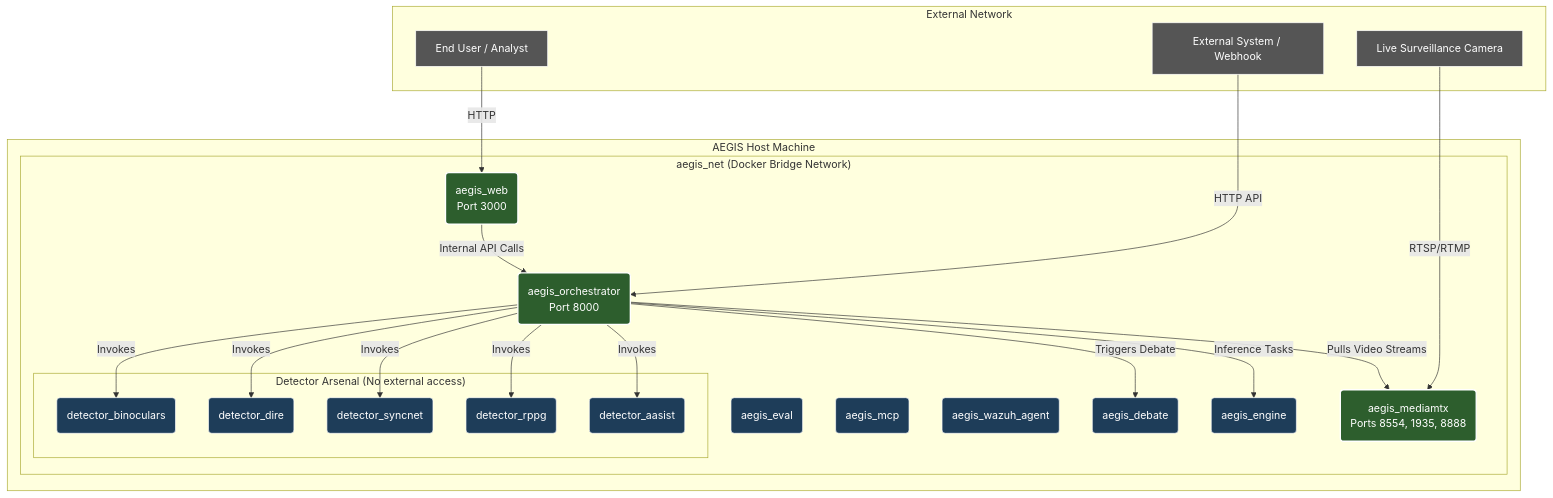
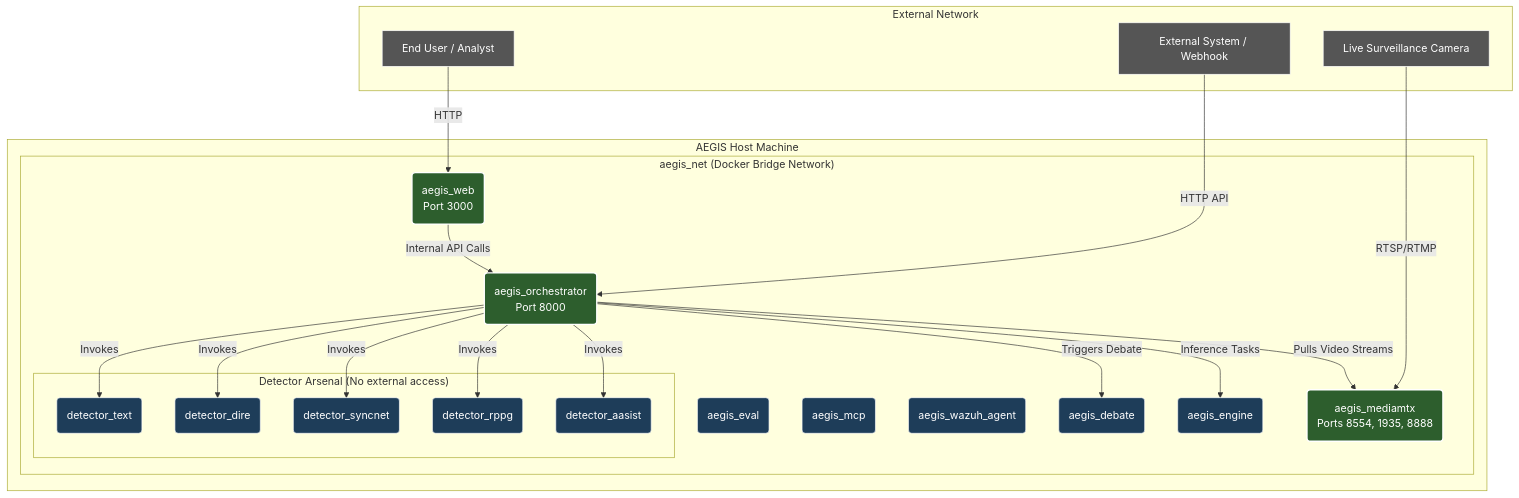
One commit to AEGIS-GRAD/AEGIS-The-shield-against-synthetic-media changed the diagram in shared/docker_infrastructure/README.md. Above: the diagram before and after it, drawn with Mermaid. The commit also changed 43 other files, not shown here.

Commit message:
feat(text-detector): build schema-conformant desklib detector_text service replacing binoculars

````diff
--- a/shared/docker_infrastructure/README.md
+++ b/shared/docker_infrastructure/README.md
@@ -9,60 +9,60 @@
 ```mermaid
 graph TD
     subgraph External Network
         User[End User / Analyst]
         ExternalAPI[External System / Webhook]
         Camera[Live Surveillance Camera]
     end
 
     subgraph "AEGIS Host Machine"
         subgraph "aegis_net (Docker Bridge Network)"
             %% Exposed Services (Ingress)
             Web(aegis_web<br/>Port 3000)
             Orch(aegis_orchestrator<br/>Port 8000)
             Media(aegis_mediamtx<br/>Ports 8554, 1935, 8888)
 
             %% Internal Secure Services
             Engine(aegis_engine)
             Debate(aegis_debate)
             Eval(aegis_eval)
             MCP(aegis_mcp)
             Wazuh(aegis_wazuh_agent)
 
             %% Detectors
             subgraph "Detector Arsenal (No external access)"
                 D_AASIST(detector_aasist)
                 D_RPPG(detector_rppg)
                 D_SYNCNET(detector_syncnet)
                 D_DIRE(detector_dire)
-                D_BINOCULARS(detector_binoculars)
+                D_TEXT(detector_text)
             end
         end
     end
 
     %% External Connections
     User -->|HTTP| Web
     ExternalAPI -->|HTTP API| Orch
     Camera -->|RTSP/RTMP| Media
 
     %% Internal Connections
     Web -->|Internal API Calls| Orch
     Orch -->|Pulls Video Streams| Media
     Orch -->|Inference Tasks| Engine
     Orch -->|Triggers Debate| Debate
     
     %% Orchestrator to Detectors
     Orch -->|Invokes| D_AASIST
     Orch -->|Invokes| D_RPPG
     Orch -->|Invokes| D_SYNCNET
     Orch -->|Invokes| D_DIRE
-    Orch -->|Invokes| D_BINOCULARS
+    Orch -->|Invokes| D_TEXT
     
     %% Styling
     classDef exposed fill:#2d5e2d,stroke:#fff,stroke-width:2px,color:#fff;
     classDef internal fill:#1e3d59,stroke:#fff,stroke-width:1px,color:#fff;
     classDef external fill:#555,stroke:#fff,stroke-width:1px,color:#fff;
     
     class Web,Orch,Media exposed;
-    class Engine,Debate,Eval,MCP,Wazuh,D_AASIST,D_RPPG,D_SYNCNET,D_DIRE,D_BINOCULARS internal;
+    class Engine,Debate,Eval,MCP,Wazuh,D_AASIST,D_RPPG,D_SYNCNET,D_DIRE,D_TEXT internal;
     class User,ExternalAPI,Camera external;
 ```
````
